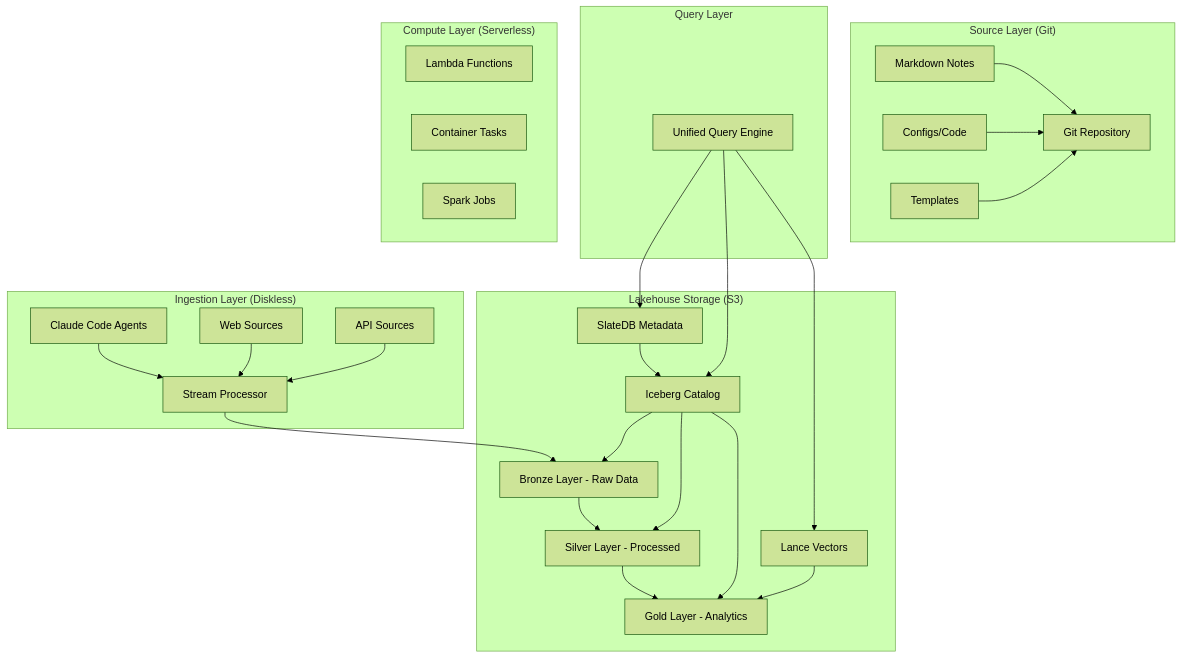
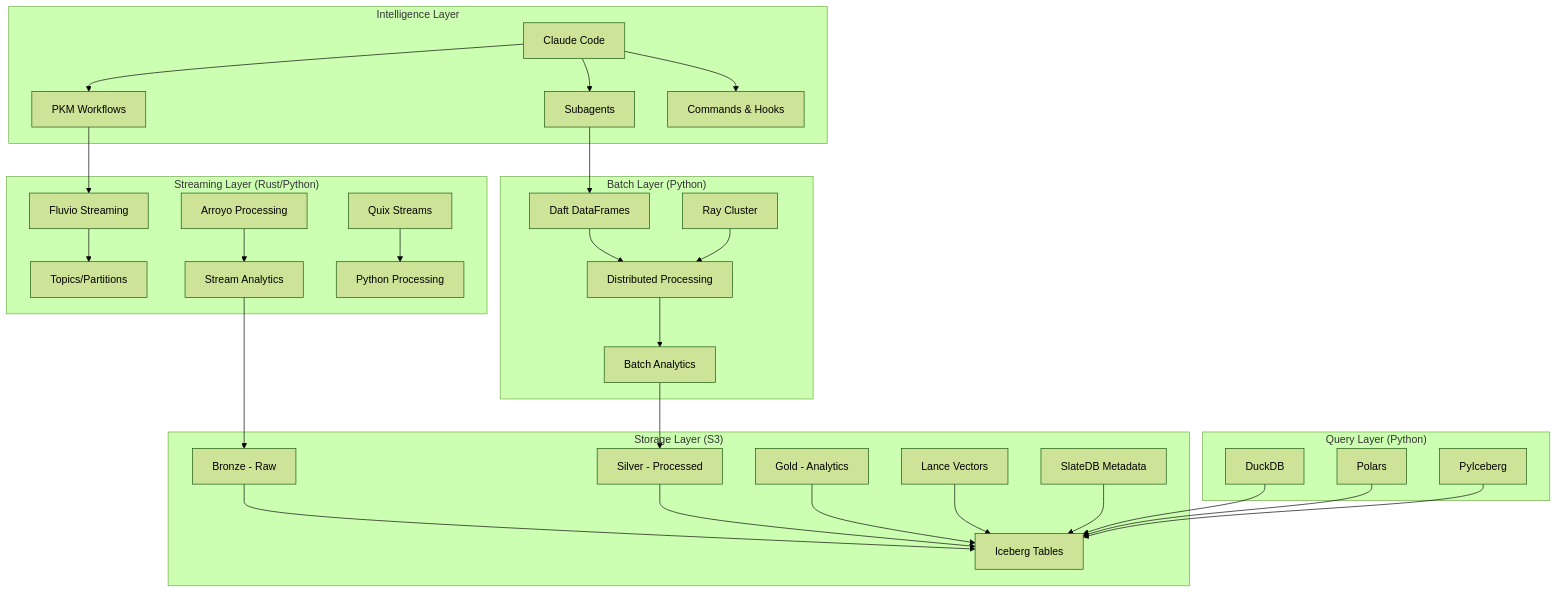
The diagram in docs/pkm-architecture/LAKEHOUSE-ARCHITECTURE.md (tommy-ca/research), drawn with Mermaid (forest theme) before and after one commit. The commit also changed other lines of this file and 5 other files, not shown here.

First line of the commit message:
feat: Transform to lightweight Python/Rust architecture (v5.0)

````diff
--- a/docs/pkm-architecture/LAKEHOUSE-ARCHITECTURE.md
+++ b/docs/pkm-architecture/LAKEHOUSE-ARCHITECTURE.md
@@ -9,40 +9,39 @@
 ```mermaid
 graph TB
-    subgraph "Source Layer (Git)"
-        A[Markdown Notes] --> B[Git Repository]
-        C[Configs/Code] --> B
-        D[Templates] --> B
+    subgraph "Intelligence Layer"
+        A[Claude Code] --> B[PKM Workflows]
+        A --> C[Subagents]
+        A --> D[Commands & Hooks]
     end
     
-    subgraph "Ingestion Layer (Diskless)"
-        E[Claude Code Agents] --> F[Stream Processor]
-        G[Web Sources] --> F
-        H[API Sources] --> F
+    subgraph "Streaming Layer (Rust/Python)"
+        E[Fluvio Streaming] --> F[Topics/Partitions]
+        G[Arroyo Processing] --> H[Stream Analytics]
+        I[Quix Streams] --> J[Python Processing]
     end
     
-    subgraph "Lakehouse Storage (S3)"
-        F --> I[Bronze Layer - Raw Data]
-        I --> J[Silver Layer - Processed]
-        J --> K[Gold Layer - Analytics]
-        
-        L[Iceberg Catalog] --> I
-        L --> J
-        L --> K
-        
-        M[SlateDB Metadata] --> L
-        N[Lance Vectors] --> K
+    subgraph "Batch Layer (Python)"
+        K[Daft DataFrames] --> L[Distributed Processing]
+        M[Ray Cluster] --> L
+        L --> N[Batch Analytics]
     end
     
-    subgraph "Query Layer"
-        O[Unified Query Engine]
-        O --> L
-        O --> N
-        O --> M
+    subgraph "Storage Layer (S3)"
+        O[Bronze - Raw] --> P[Iceberg Tables]
+        Q[Silver - Processed] --> P
+        R[Gold - Analytics] --> P
+        S[Lance Vectors] --> P
+        T[SlateDB Metadata] --> P
     end
     
-    subgraph "Compute Layer (Serverless)"
-        P[Lambda Functions]
-        Q[Container Tasks]
-        R[Spark Jobs]
+    subgraph "Query Layer (Python)"
+        U[DuckDB] --> P
+        V[Polars] --> P
+        W[PyIceberg] --> P
     end
+    
+    B --> E
+    H --> O
+    N --> Q
+    C --> K
 ```
````
